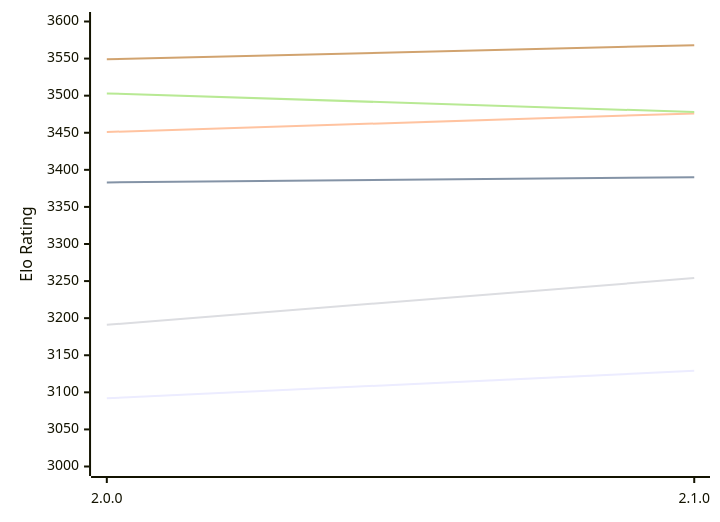
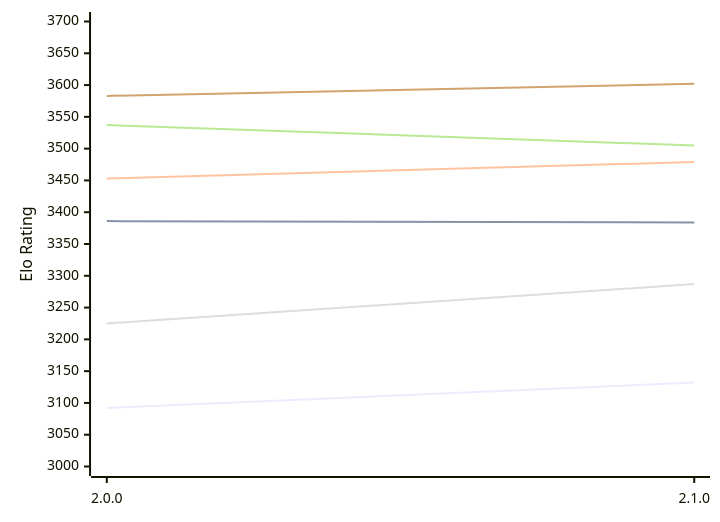
The diagram in engines/Sapling.md (computer-chess-index/cci), drawn with Mermaid before and after one commit. The commit also changed other lines of this file, not shown here.

Commit message:
Update CCI Ratings (ELO VLTC) - 2026-11-05

````diff
--- a/engines/Sapling.md
+++ b/engines/Sapling.md
@@ -49,12 +49,12 @@
 ```mermaid
 %%{init: {"theme":"base","themeVariables":{"seriesColors:['#a3a3a3','#222221','#faa371']}}}%%
 xychart-beta
   x-axis ["2.0.0", "2.1.0"]
-  y-axis "Elo Rating" 3000 --> 3600
-  line "E1: STC (8.0+0.08s)" [3092, 3129]
-  line "E1: LTC (60.0+0.60s)" [3383, 3390]
-  line "E1: VLTC (2m24s+1.12s)" [3451, 3476]
-  line "P1: STC (8.0+0.08s)" [3191, 3254]
-  line "P1: LTC (60.0+0.60s)" [3503, 3478]
-  line "P1: VLTC (2m24s+1.12s)" [3549, 3568]
+  y-axis "Elo Rating" 3000 --> 3700
+  line "E1: STC (8.0+0.08s)" [3092, 3132]
+  line "E1: LTC (60.0+0.60s)" [3386, 3384]
+  line "E1: VLTC (2m24s+1.12s)" [3453, 3479]
+  line "P1: STC (8.0+0.08s)" [3225, 3287]
+  line "P1: LTC (60.0+0.60s)" [3537, 3505]
+  line "P1: VLTC (2m24s+1.12s)" [3583, 3602]
 ```
````
